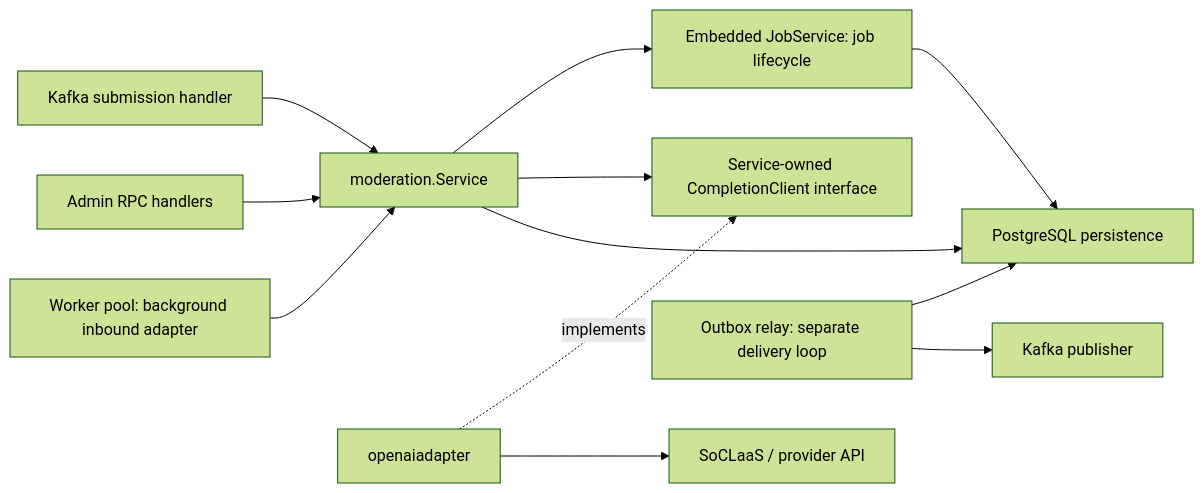
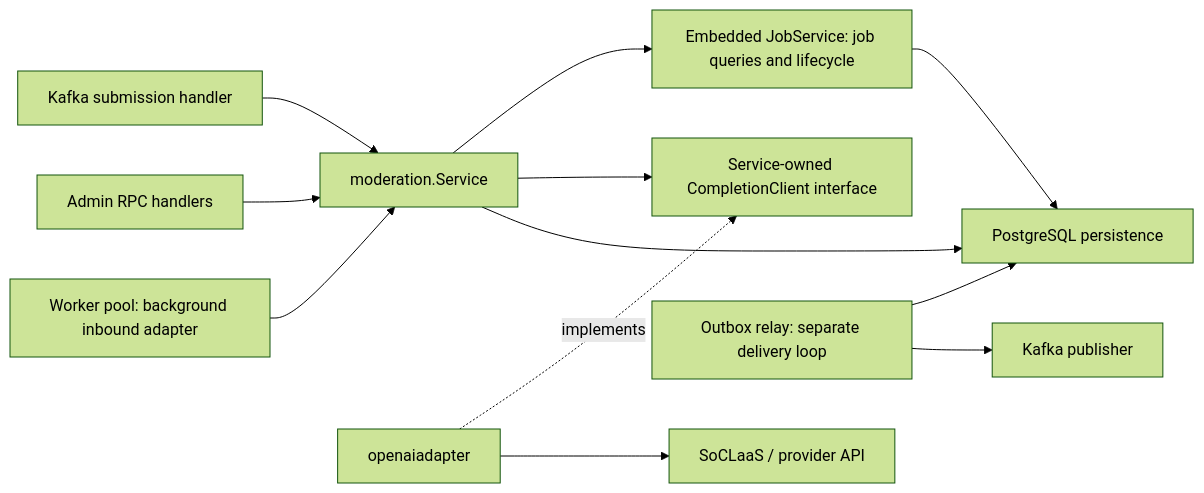
The first of 3 diagrams in docs/adr/review-content-moderation.md (AY2627S1-CS3219-P1/FoC), drawn with Mermaid (forest theme) before and after one commit. The commit also changed other lines of this file and 9 other files, not shown here.

Commit message:
refactor(moderation): consolidate job reads in the service

````diff
--- a/docs/adr/review-content-moderation.md
+++ b/docs/adr/review-content-moderation.md
@@ -59,14 +66,14 @@
 ```mermaid
 flowchart LR
     K[Kafka submission handler] --> S[moderation.Service]
     R[Admin RPC handlers] --> S
     W[Worker pool: background inbound adapter] --> S
-    S --> J[Embedded JobService: job lifecycle]
+    S --> J[Embedded JobService: job queries and lifecycle]
     S --> C[Service-owned CompletionClient interface]
     A[openaiadapter] -. implements .-> C
     A --> P[SoCLaaS / provider API]
     S --> D[PostgreSQL persistence]
     J --> D
     O[Outbox relay: separate delivery loop] --> D
     O --> KP[Kafka publisher]
 ```
````
